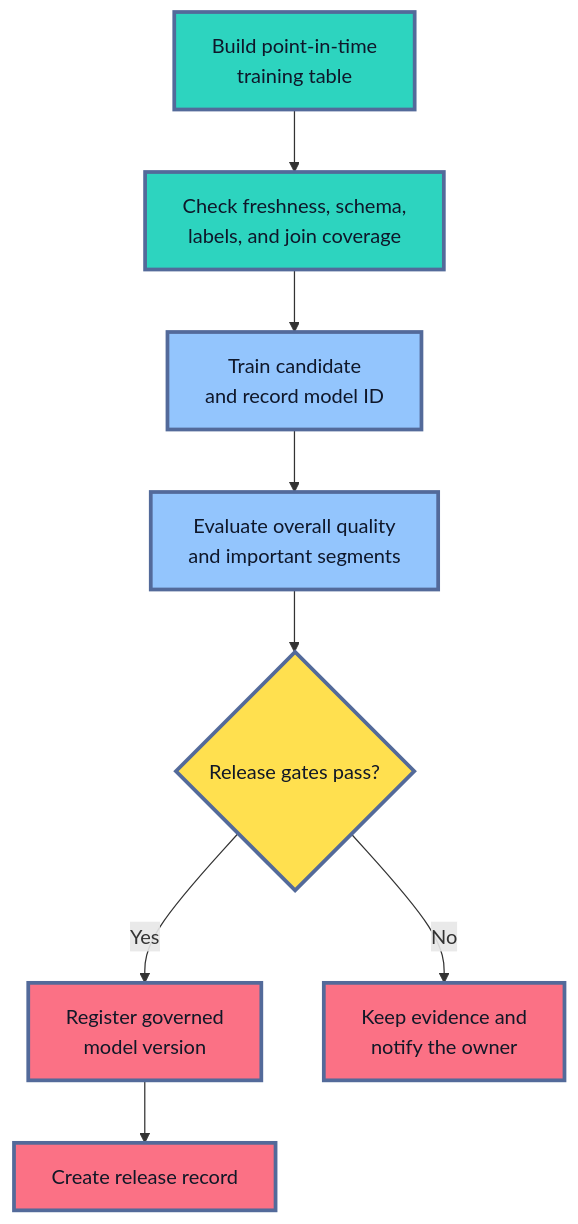
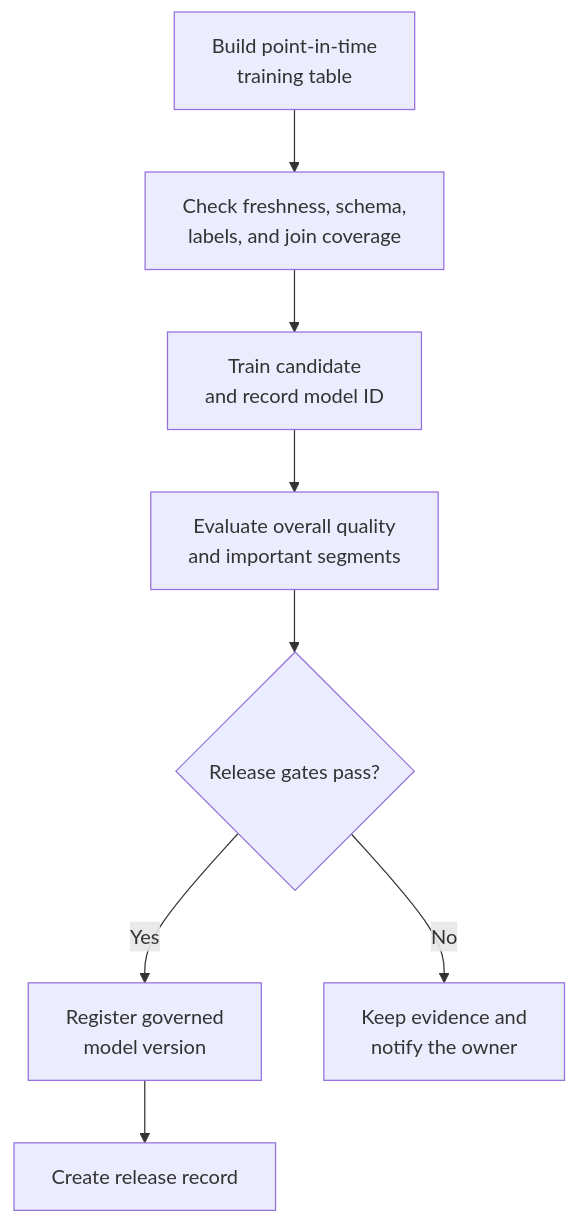
The third of 3 diagrams in roadmaps/mlops/modules/mlops-infrastructure/cloud-mlops-services/databricks-mlops/01-databricks-mlops-platform-map.md (senlinyy/dev-roadmaps), drawn with Mermaid before and after one commit. The commit also changed other lines of this file and 152 other files, not shown here.

Commit message:
feat: mlops and diagrams updated

````diff
--- a/roadmaps/mlops/modules/mlops-infrastructure/cloud-mlops-services/databricks-mlops/01-databricks-mlops-platform-map.md
+++ b/roadmaps/mlops/modules/mlops-infrastructure/cloud-mlops-services/databricks-mlops/01-databricks-mlops-platform-map.md
@@ -328,19 +320,15 @@
 ```mermaid
 flowchart TD
     A["Build point-in-time<br/>training table"] --> B["Check freshness, schema,<br/>labels, and join coverage"]
     B --> C["Train candidate<br/>and record model ID"]
     C --> D["Evaluate overall quality<br/>and important segments"]
     D --> E{"Release gates pass?"}
     E -->|"Yes"| F["Register governed<br/>model version"]
     E -->|"No"| G["Keep evidence and<br/>notify the owner"]
     F --> H["Create release record"]
 
-    classDef data fill:#2DD4BF,stroke:#536A9A,stroke-width:3px,color:#0F172A
-    classDef model fill:#93C5FD,stroke:#536A9A,stroke-width:3px,color:#0F172A
-    classDef decision fill:#FFE04F,stroke:#536A9A,stroke-width:3px,color:#111827
-    classDef result fill:#FB7185,stroke:#536A9A,stroke-width:3px,color:#111827
     class A,B data
     class C,D model
     class E decision
     class F,G,H result
 ```
````
